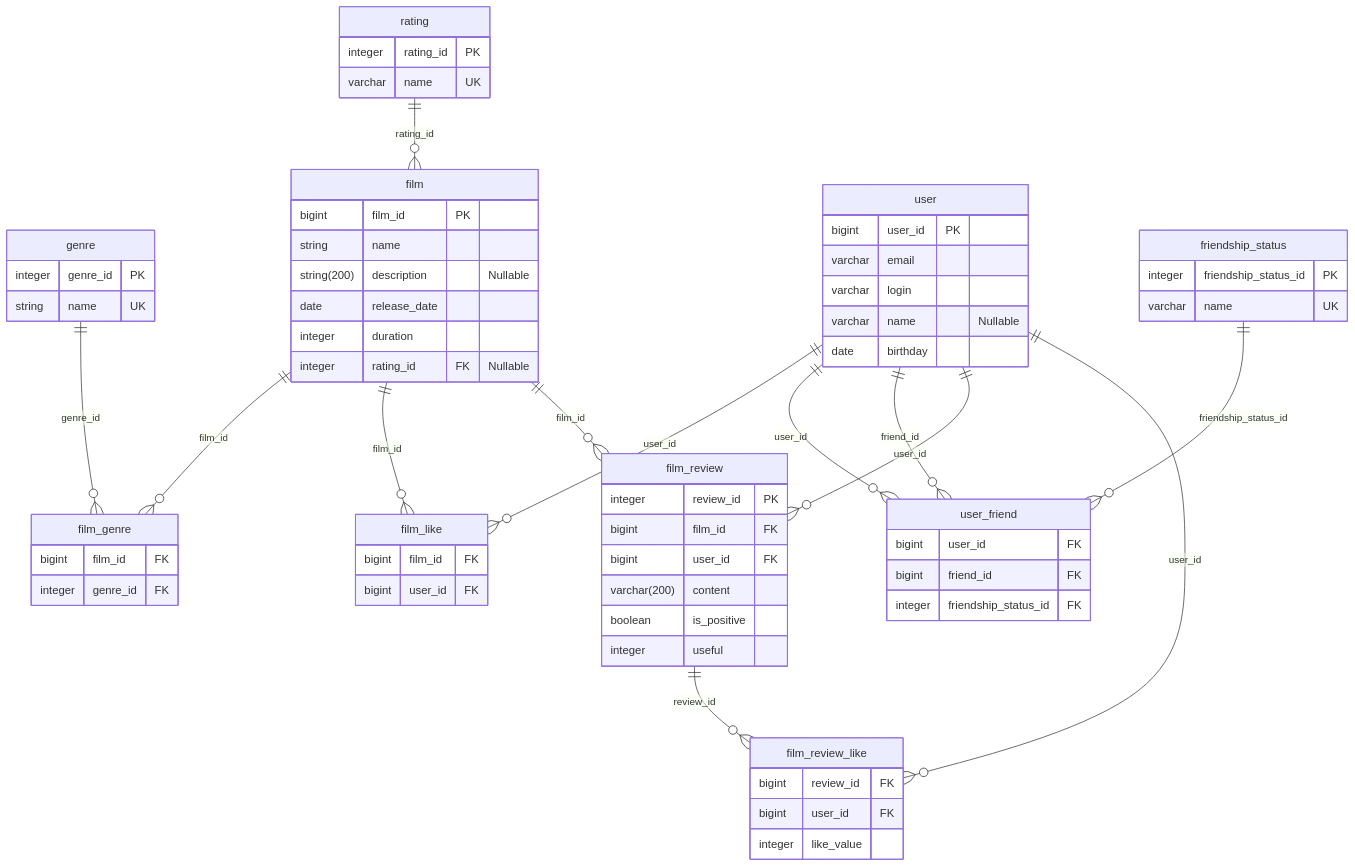
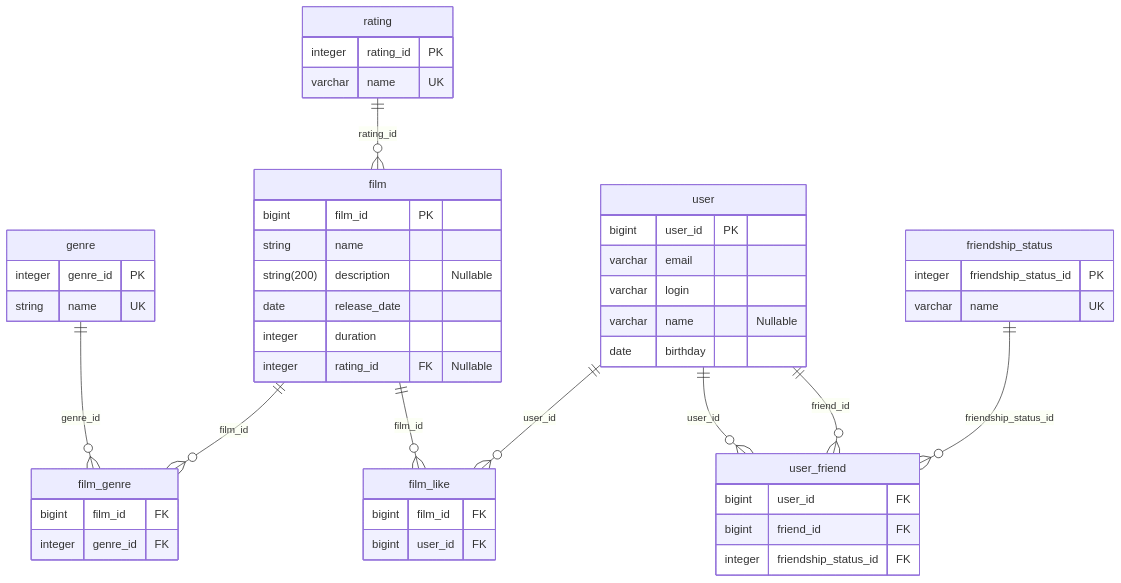
Before and after one commit to MariaFantasy/java-filmorate: the diagram in README.md, drawn with Mermaid.

````diff
--- a/README.md
+++ b/README.md
@@ -10,80 +10,61 @@
 ```mermaid
 erDiagram
     genre {
         integer genre_id PK
         string name UK
     }
 
     film_genre {
         bigint film_id FK
         integer genre_id FK
     }
 
     film {
         bigint film_id PK
         string name
         string(200) description "Nullable"
         date release_date
         integer duration
         integer rating_id FK "Nullable"
     }
 
     rating {
         integer rating_id PK
         varchar name UK 
     }
 
     film_like {
         bigint film_id FK
         bigint user_id FK
     }
 
     user {
         bigint user_id PK
         varchar email
         varchar login
         varchar name "Nullable"
         date birthday
     }
 
     user_friend {
         bigint user_id FK
         bigint friend_id FK
         integer friendship_status_id FK
     }
 
     friendship_status {
         integer friendship_status_id PK
         varchar name UK
     }
 
-    film_review {
-        integer review_id PK
-        bigint film_id FK
-        bigint user_id FK
-        varchar(200) content
-        boolean is_positive
-        integer useful
-    }
-
-    film_review_like {
-        bigint review_id FK
-        bigint user_id FK
-        integer like_value
-    }
-
 
     genre ||--o{ film_genre : genre_id
     film ||--o{ film_genre : film_id
     rating ||--o{ film : rating_id
     film ||--o{ film_like : film_id
     user ||--o{ film_like : user_id
     user ||--o{ user_friend : user_id
     user ||--o{ user_friend : friend_id
     friendship_status ||--o{ user_friend : friendship_status_id
-    film ||--o{ film_review : film_id
-    user ||--o{ film_review : user_id
-    film_review ||--o{ film_review_like : review_id
-    user ||--o{ film_review_like : user_id
 
 ```
````
